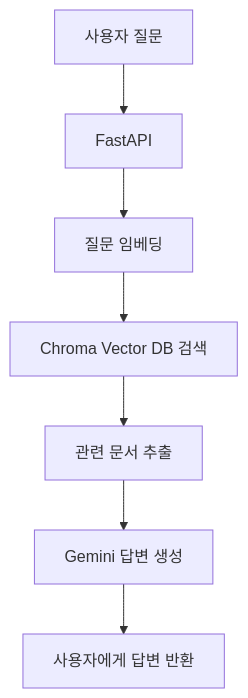
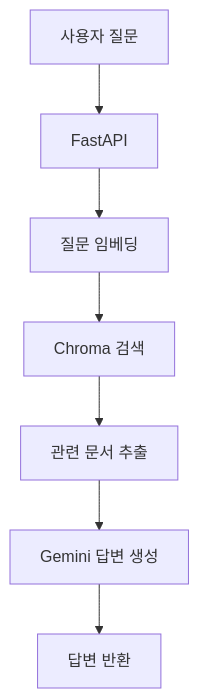
The sixth of 6 diagrams in README.md (boppq1/bnk_1st_prj), drawn with Mermaid before and after one commit. The commit also changed other lines of this file, not shown here.

````diff
--- a/README.md
+++ b/README.md
@@ -217,9 +251,9 @@
 ```mermaid
 flowchart TD
     A[사용자 질문] --> B[FastAPI]
     B --> C[질문 임베딩]
-    C --> D[Chroma Vector DB 검색]
+    C --> D[Chroma 검색]
     D --> E[관련 문서 추출]
     E --> F[Gemini 답변 생성]
-    F --> G[사용자에게 답변 반환]
+    F --> G[답변 반환]
 ```
````
